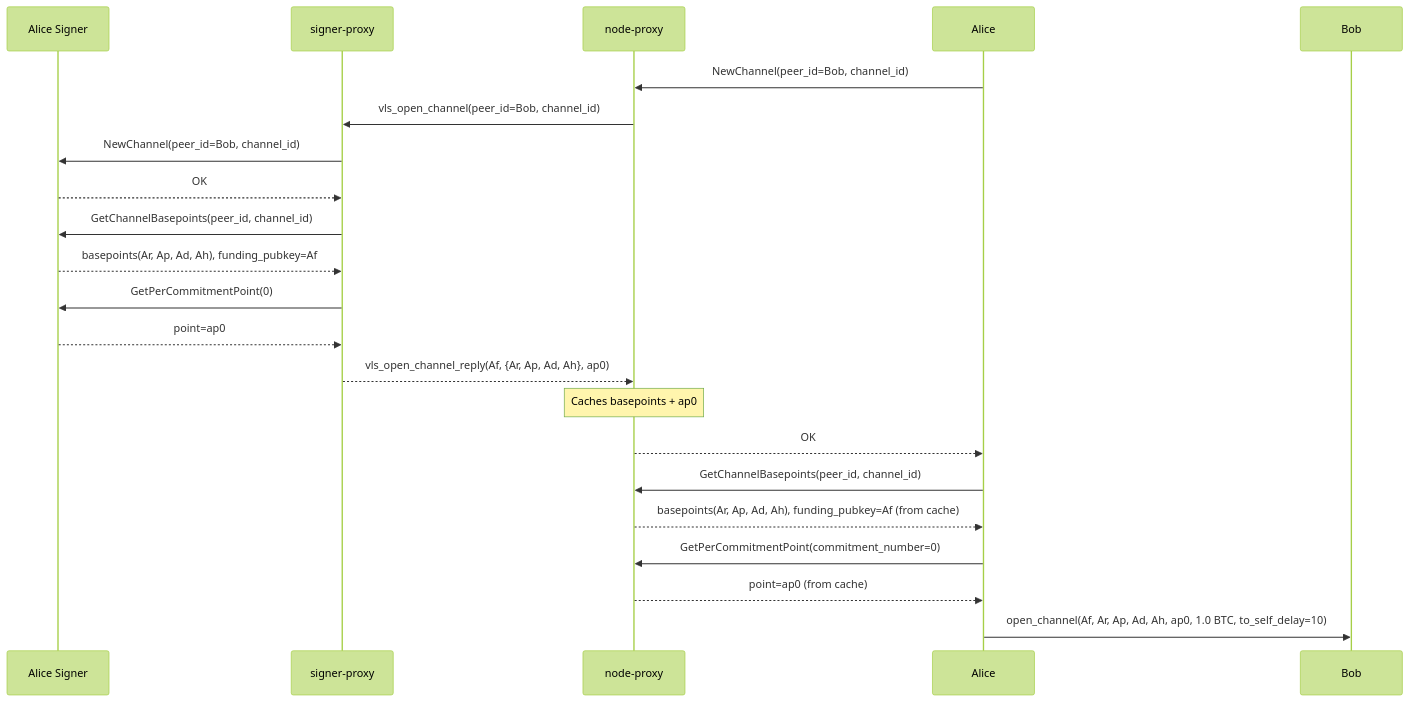
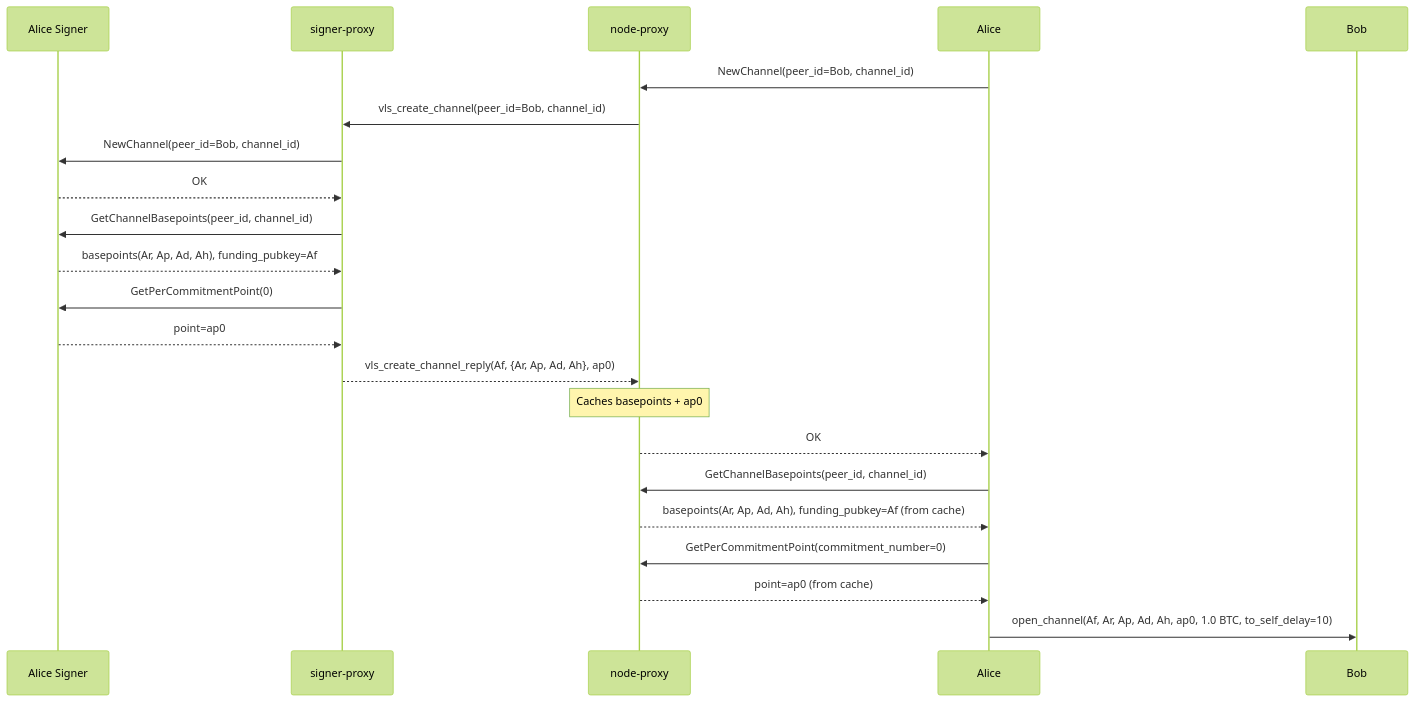
Before and after one commit to dukeh3/vls-arch: the second of 2 diagrams in future/01-alice-pays-bob-A01.md, drawn with Mermaid (forest theme). The commit also changed other lines of this file and 2 other files, not shown here.

````diff
--- a/future/01-alice-pays-bob-A01.md
+++ b/future/01-alice-pays-bob-A01.md
@@ -103,32 +103,32 @@
 ```mermaid
 sequenceDiagram
     participant Signer as Alice Signer
     participant SP as signer-proxy
     participant NP as node-proxy
     participant Alice
     participant Bob
 
     Alice->>NP: NewChannel(peer_id=Bob, channel_id)
 
-    NP->>SP: vls_open_channel(peer_id=Bob, channel_id)
+    NP->>SP: vls_create_channel(peer_id=Bob, channel_id)
 
     SP->>Signer: NewChannel(peer_id=Bob, channel_id)
     Signer-->>SP: OK
     SP->>Signer: GetChannelBasepoints(peer_id, channel_id)
     Signer-->>SP: basepoints(Ar, Ap, Ad, Ah), funding_pubkey=Af
     SP->>Signer: GetPerCommitmentPoint(0)
     Signer-->>SP: point=ap0
 
-    SP-->>NP: vls_open_channel_reply(Af, {Ar, Ap, Ad, Ah}, ap0)
+    SP-->>NP: vls_create_channel_reply(Af, {Ar, Ap, Ad, Ah}, ap0)
     Note over NP: Caches basepoints + ap0
 
     NP-->>Alice: OK
 
     Alice->>NP: GetChannelBasepoints(peer_id, channel_id)
     NP-->>Alice: basepoints(Ar, Ap, Ad, Ah), funding_pubkey=Af (from cache)
 
     Alice->>NP: GetPerCommitmentPoint(commitment_number=0)
     NP-->>Alice: point=ap0 (from cache)
 
     Alice->>Bob: open_channel(Af, Ar, Ap, Ad, Ah, ap0, 1.0 BTC, to_self_delay=10)
 ```
````
